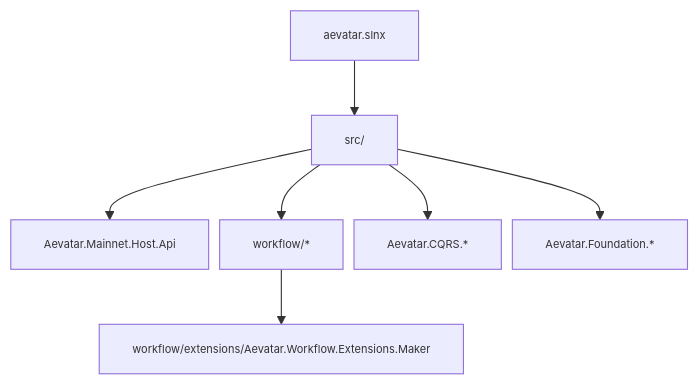
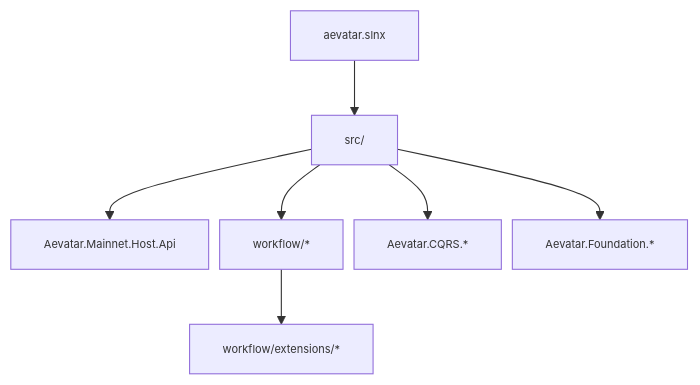
One commit to aevatarAI/aevatar changed the first of 2 diagrams in docs/PROJECT_ARCHITECTURE.md. Above: the diagram before and after it, drawn with Mermaid. The commit also changed other lines of this file and 40 other files, not shown here.

````diff
--- a/docs/PROJECT_ARCHITECTURE.md
+++ b/docs/PROJECT_ARCHITECTURE.md
@@ -14,10 +14,10 @@
 ```mermaid
 %%{init: {"maxTextSize": 100000, "flowchart": {"useMaxWidth": false, "nodeSpacing": 10, "rankSpacing": 50}, "themeVariables": {"fontSize": "10px"}}}%%
 flowchart TB
     R["aevatar.slnx"] --> SRC["src/"]
     SRC --> MN["Aevatar.Mainnet.Host.Api"]
     SRC --> WF["workflow/*"]
-    WF --> WFE["workflow/extensions/Aevatar.Workflow.Extensions.Maker"]
+    WF --> WFE["workflow/extensions/*"]
     SRC --> CQ["Aevatar.CQRS.*"]
     SRC --> FD["Aevatar.Foundation.*"]
 ```
````
